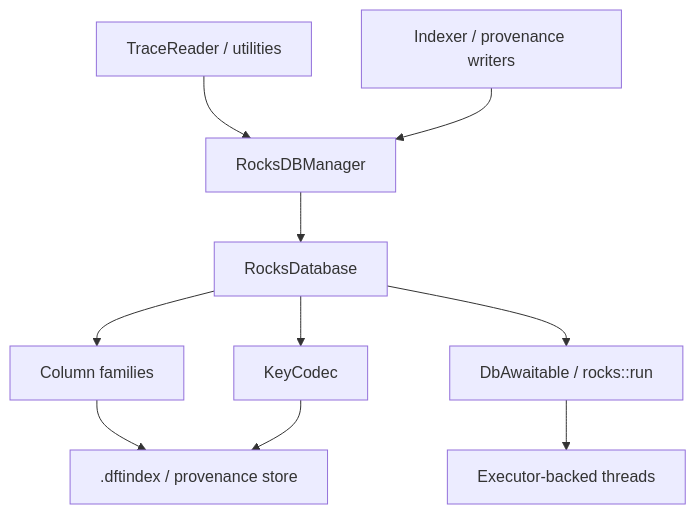
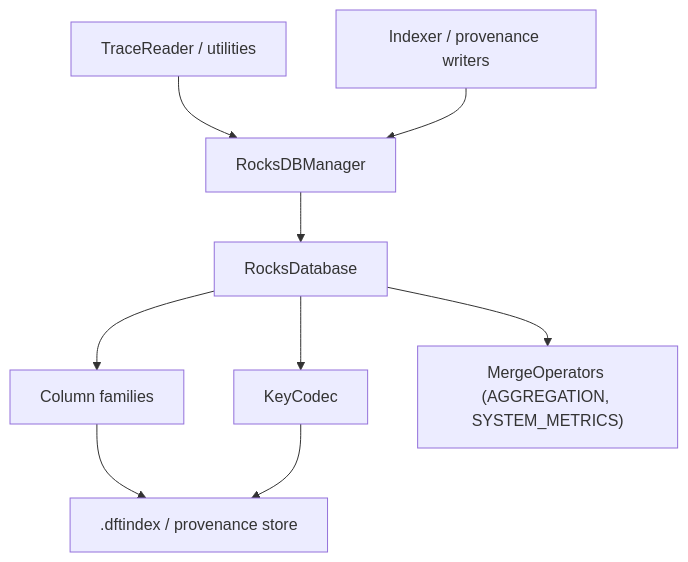
The diagram in docs/source/cpp_api/rocksdb.rst (asparsa/ClarIOn), drawn with Mermaid before and after one commit. The commit also changed other lines of this file and 401 other files, not shown here.

```diff
--- a/docs/source/cpp_api/rocksdb.rst
+++ b/docs/source/cpp_api/rocksdb.rst
@@ -19,12 +21,11 @@
 .. mermaid::
 
    graph TD
        Readers["TraceReader / utilities"] --> Manager["RocksDBManager"]
        Indexers["Indexer / provenance writers"] --> Manager
        Manager --> Database["RocksDatabase"]
        Database --> CFs["Column families"]
-       Database --> Async["DbAwaitable / rocks::run"]
        Database --> Codec["KeyCodec"]
+       Database --> Merge["MergeOperators (AGGREGATION, SYSTEM_METRICS)"]
        CFs --> Store[".dftindex / provenance store"]
-       Async --> Runtime["Executor-backed threads"]
        Codec --> Store
```
